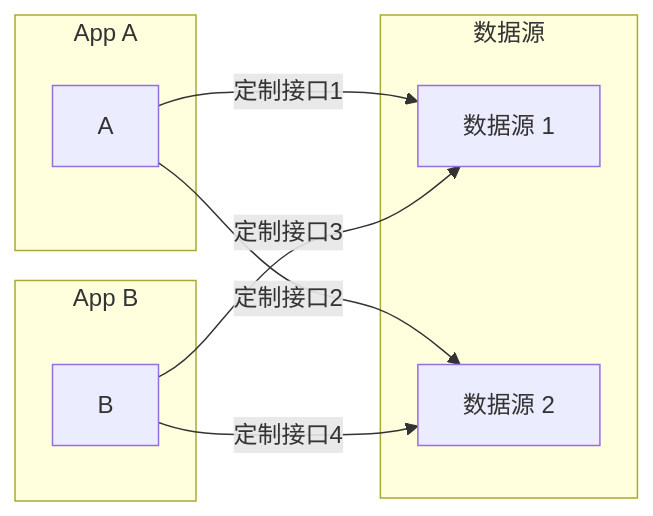
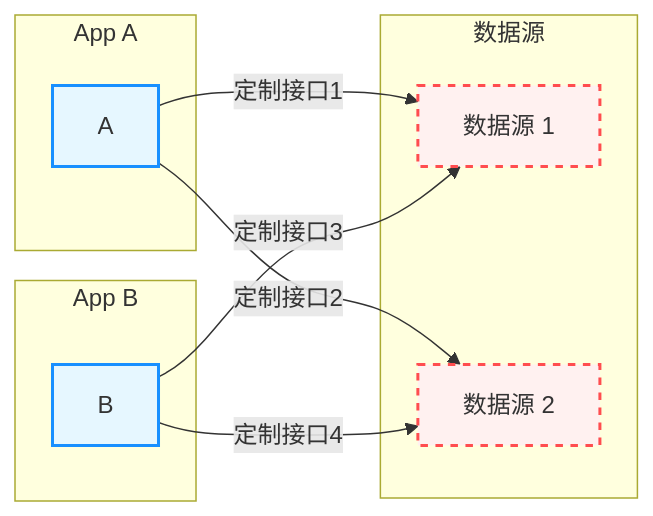
The first of 5 diagrams in 04_tools/4.3_mcp.md (yeasy/agentic_ai_guide), drawn with Mermaid before and after one commit. The commit also changed other lines of this file and 36 other files, not shown here.

````diff
--- a/04_tools/4.3_mcp.md
+++ b/04_tools/4.3_mcp.md
@@ -20,18 +20,25 @@
 ```mermaid
 graph LR
+    %% Agentic Design System
+    classDef agent fill:#e6f7ff,stroke:#1890ff,stroke-width:2px;
+    classDef error fill:#fff1f0,stroke:#ff4d4f,stroke-width:2px,stroke-dasharray: 5 5;
+
     subgraph AppA [App A]
         A
     end
     subgraph AppB [App B]
         B
     end
     subgraph Data [数据源]
         D1[数据源 1]
         D2[数据源 2]
     end
     
     A --定制接口1--> D1
     A --定制接口2--> D2
     B --定制接口3--> D1
     B --定制接口4--> D2
+    
+    class A,B agent;
+    class D1,D2 error;
 ```
````
